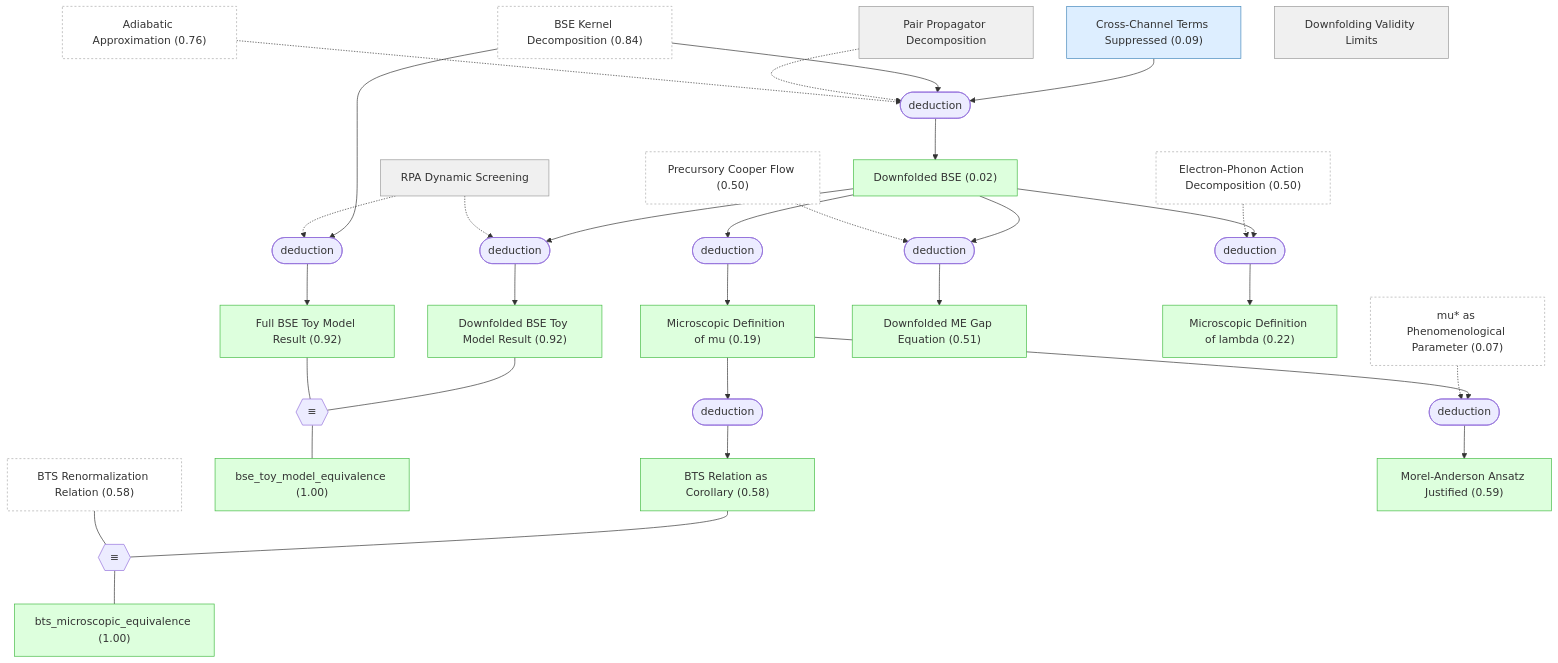
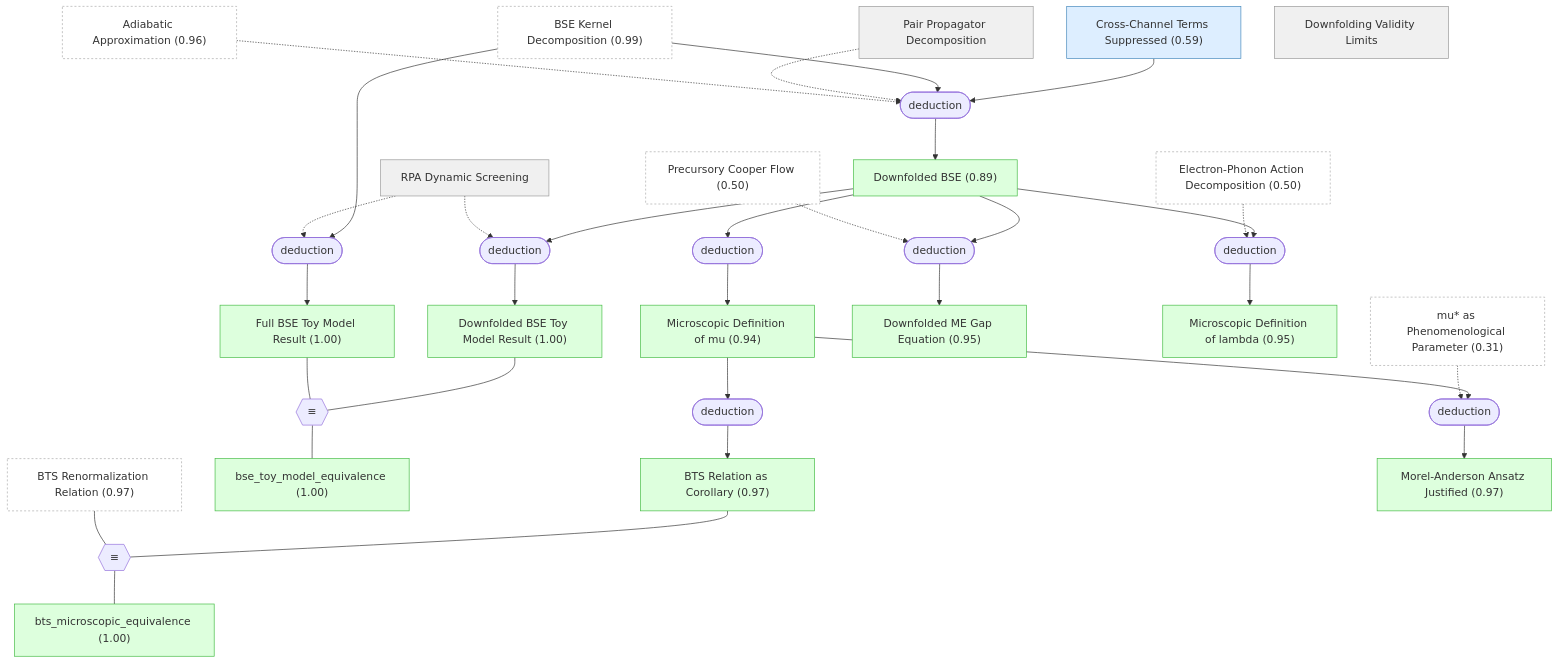
One commit to kunyuan/SuperconductivityElectronLiquids.gaia changed the third of 6 diagrams in docs/detailed-reasoning.md. Above: the diagram before and after it, drawn with Mermaid. The commit also changed other lines of this file and 21 other files, not shown here.

````diff
--- a/docs/detailed-reasoning.md
+++ b/docs/detailed-reasoning.md
@@ -283,73 +283,73 @@
 ```mermaid
 graph TD
-    adiabatic_approx["Adiabatic Approximation (0.76)"]:::external
-    bts_renormalization["BTS Renormalization Relation (0.58)"]:::external
-    mu_star_phenomenological["mu#ast; as Phenomenological Parameter (0.07)"]:::external
+    adiabatic_approx["Adiabatic Approximation (0.96)"]:::external
+    bts_renormalization["BTS Renormalization Relation (0.97)"]:::external
+    mu_star_phenomenological["mu#ast; as Phenomenological Parameter (0.31)"]:::external
     electron_phonon_action["Electron-Phonon Action Decomposition (0.50)"]:::external
-    bse_kernel_decomposition["BSE Kernel Decomposition (0.84)"]:::external
+    bse_kernel_decomposition["BSE Kernel Decomposition (0.99)"]:::external
     precursory_cooper_flow["Precursory Cooper Flow (0.50)"]:::external
     pair_propagator_decomposition["Pair Propagator Decomposition"]:::note
     rpa_dynamic_screening["RPA Dynamic Screening"]:::note
-    cross_term_suppressed["Cross-Channel Terms Suppressed (0.09)"]:::premise
+    cross_term_suppressed["Cross-Channel Terms Suppressed (0.59)"]:::premise
     downfolding_validity_limits["Downfolding Validity Limits"]:::note
-    downfolded_bse["Downfolded BSE (0.02)"]:::derived
-    full_bse_toy_model["Full BSE Toy Model Result (0.92)"]:::derived
-    downfolded_bse_toy_model["Downfolded BSE Toy Model Result (0.92)"]:::derived
+    downfolded_bse["Downfolded BSE (0.89)"]:::derived
+    full_bse_toy_model["Full BSE Toy Model Result (1.00)"]:::derived
+    downfolded_bse_toy_model["Downfolded BSE Toy Model Result (1.00)"]:::derived
     bse_toy_model_equivalence["bse_toy_model_equivalence (1.00)"]:::derived
-    downfolded_me_equation["Downfolded ME Gap Equation (0.51)"]:::derived
-    lambda_microscopic_definition["Microscopic Definition of lambda (0.22)"]:::derived
-    mu_microscopic_definition["Microscopic Definition of mu (0.19)"]:::derived
-    mu_scale_independence["BTS Relation as Corollary (0.58)"]:::derived
+    downfolded_me_equation["Downfolded ME Gap Equation (0.95)"]:::derived
+    lambda_microscopic_definition["Microscopic Definition of lambda (0.95)"]:::derived
+    mu_microscopic_definition["Microscopic Definition of mu (0.94)"]:::derived
+    mu_scale_independence["BTS Relation as Corollary (0.97)"]:::derived
     bts_microscopic_equivalence["bts_microscopic_equivalence (1.00)"]:::derived
-    ma_pseudopotential_justified["Morel-Anderson Ansatz Justified (0.59)"]:::derived
+    ma_pseudopotential_justified["Morel-Anderson Ansatz Justified (0.97)"]:::derived
     strat_6(["deduction"])
     cross_term_suppressed --> strat_6
     bse_kernel_decomposition --> strat_6
     pair_propagator_decomposition -.-> strat_6
     adiabatic_approx -.-> strat_6
     strat_6 --> downfolded_bse
     strat_7(["deduction"])
     bse_kernel_decomposition --> strat_7
     rpa_dynamic_screening -.-> strat_7
     strat_7 --> full_bse_toy_model
     strat_8(["deduction"])
     downfolded_bse --> strat_8
     rpa_dynamic_screening -.-> strat_8
     strat_8 --> downfolded_bse_toy_model
     strat_9(["deduction"])
     downfolded_bse --> strat_9
     precursory_cooper_flow -.-> strat_9
     strat_9 --> downfolded_me_equation
     strat_10(["deduction"])
     downfolded_bse --> strat_10
     electron_phonon_action -.-> strat_10
     strat_10 --> lambda_microscopic_definition
     strat_11(["deduction"])
     downfolded_bse --> strat_11
     strat_11 --> mu_microscopic_definition
     strat_12(["deduction"])
     mu_microscopic_definition --> strat_12
     strat_12 --> mu_scale_independence
     strat_13(["deduction"])
     mu_microscopic_definition --> strat_13
     mu_star_phenomenological -.-> strat_13
     strat_13 --> ma_pseudopotential_justified
     oper_1{{"≡"}}
     downfolded_bse_toy_model --- oper_1
     full_bse_toy_model --- oper_1
     oper_1 --- bse_toy_model_equivalence
     oper_2{{"≡"}}
     mu_scale_independence --- oper_2
     bts_renormalization --- oper_2
     oper_2 --- bts_microscopic_equivalence
 
     classDef note fill:#f0f0f0,stroke:#999,color:#333
     classDef premise fill:#ddeeff,stroke:#4488bb,color:#333
     classDef derived fill:#ddffdd,stroke:#44bb44,color:#333
     classDef question fill:#fff3dd,stroke:#cc9944,color:#333
     classDef background fill:#f5f5f5,stroke:#bbb,stroke-dasharray: 5 5,color:#333
     classDef orphan fill:#fff,stroke:#ccc,stroke-dasharray: 5 5,color:#333
     classDef external fill:#fff,stroke:#aaa,stroke-dasharray: 3 3,color:#333
     classDef weak fill:#fff9c4,stroke:#f9a825,stroke-dasharray: 5 5,color:#333
     classDef contra fill:#ffebee,stroke:#c62828,color:#333
 ```
````
